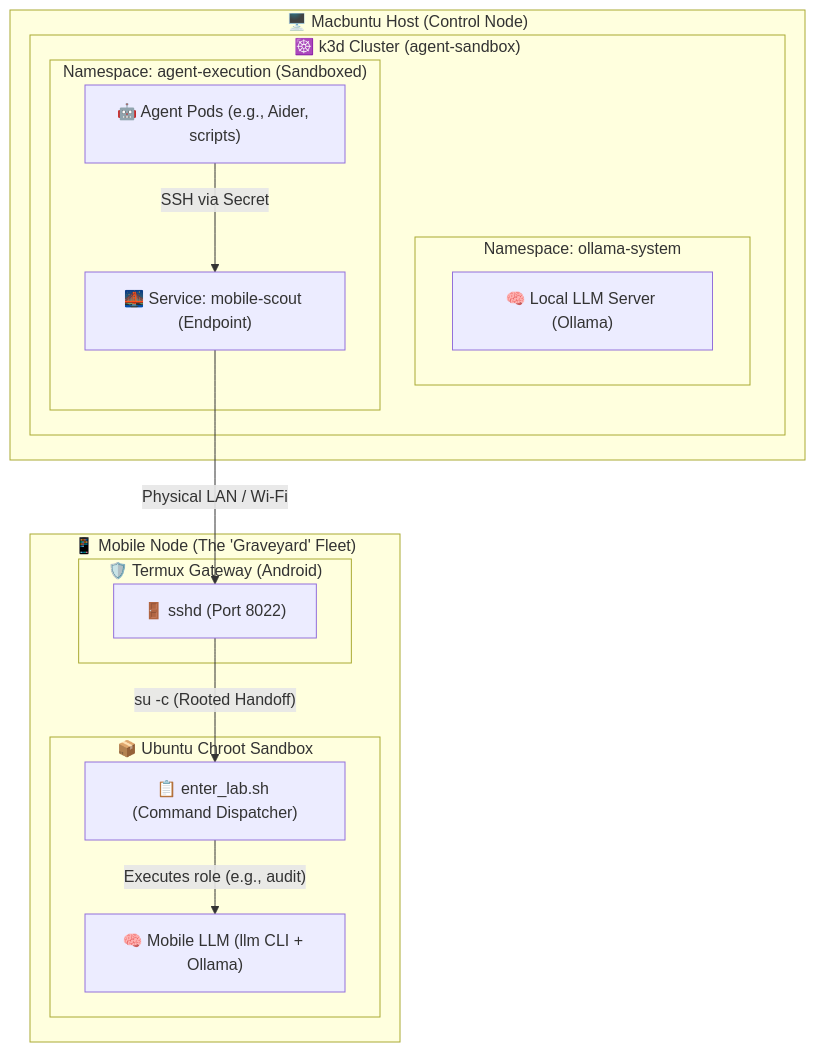
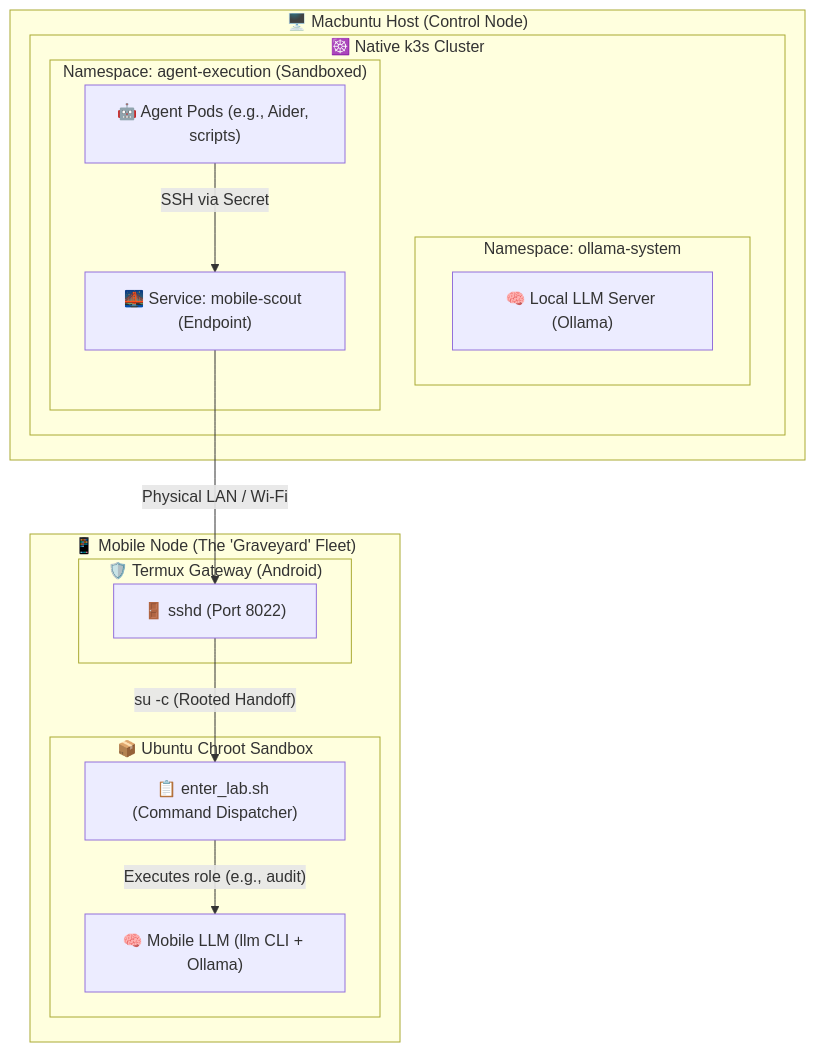
Before and after one commit to grahaml/agentic-mobile-lab: the diagram in README.md, drawn with Mermaid. The commit also changed other lines of this file and 3 other files, not shown here.

````diff
--- a/README.md
+++ b/README.md
@@ -7,34 +7,34 @@
 ```mermaid
 graph TD
     subgraph Macbuntu Host ["🖥️ Macbuntu Host (Control Node)"]
-        subgraph k3d Cluster ["☸️ k3d Cluster (agent-sandbox)"]
+        subgraph k3s Cluster ["☸️ Native k3s Cluster"]
             subgraph ollama-system ["Namespace: ollama-system"]
                 OllamaServer["🧠 Local LLM Server (Ollama)"]
             end
             
             subgraph agent-execution ["Namespace: agent-execution (Sandboxed)"]
                 AgentPod["🤖 Agent Pods (e.g., Aider, scripts)"]
                 MobileScoutSvc["🌉 Service: mobile-scout (Endpoint)"]
                 
                 AgentPod -- "SSH via Secret" --> MobileScoutSvc
             end
         end
     end
 
     subgraph Mobile Node ["📱 Mobile Node (The 'Graveyard' Fleet)"]
         subgraph Termux Gateway ["🛡️ Termux Gateway (Android)"]
             SSHD["🚪 sshd (Port 8022)"]
         end
         
         subgraph Ubuntu Sandbox ["📦 Ubuntu Chroot Sandbox"]
             Dispatcher["📋 enter_lab.sh (Command Dispatcher)"]
             MobileLLM["🧠 Mobile LLM (llm CLI + Ollama)"]
             
             Dispatcher -- "Executes role (e.g., audit)" --> MobileLLM
         end
         
         SSHD -- "su -c (Rooted Handoff)" --> Dispatcher
     end
 
     MobileScoutSvc -- "Physical LAN / Wi-Fi" --> SSHD
 ```
````
